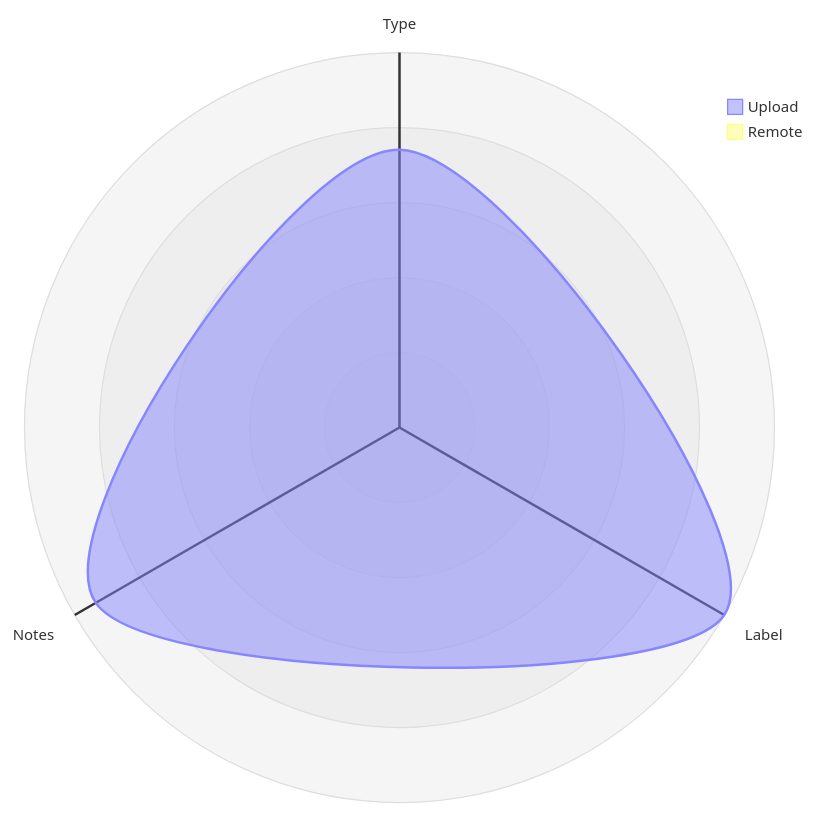
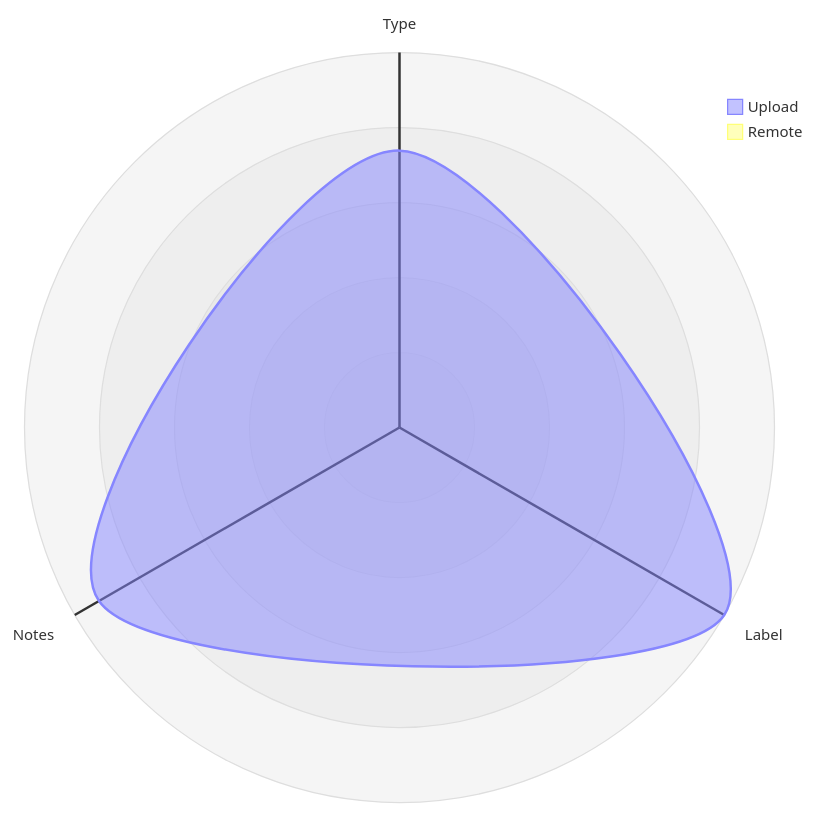
One commit to open-data/analytics-corporate-reporting changed the third of 5 diagrams in datastore_tracker/README.md. Above: the diagram before and after it, drawn with Mermaid. The commit also changed 5 other files, not shown here.

````diff
--- a/datastore_tracker/README.md
+++ b/datastore_tracker/README.md
@@ -107,12 +107,12 @@
 ```mermaid
 radar-beta
   axis T["Type"], L["Label"], N["Notes"]
-  curve u["Upload"]{0.0008, 0.00108, 0.00101}
+  curve u["Upload"]{0.00079, 0.00107, 0.00099}
   curve r["Remote"]{0, 0, 0}
 
   showLegend true
 
   min 0
   graticule circle
   ticks 5
 ```
````
